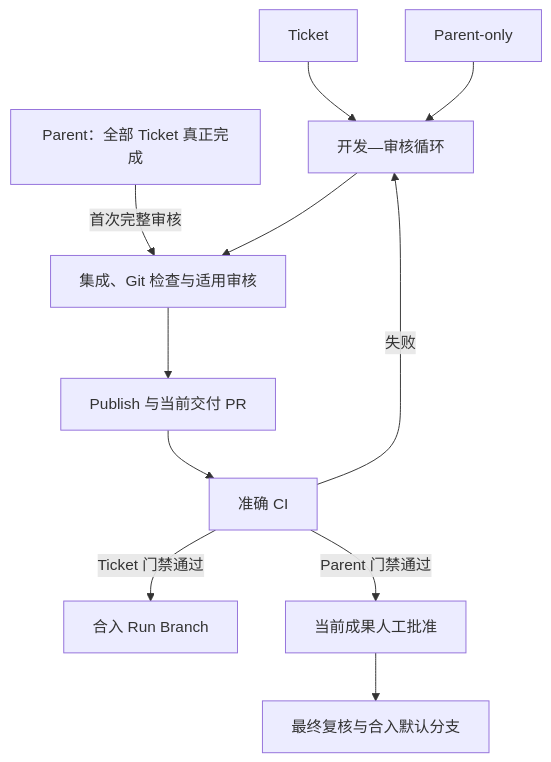
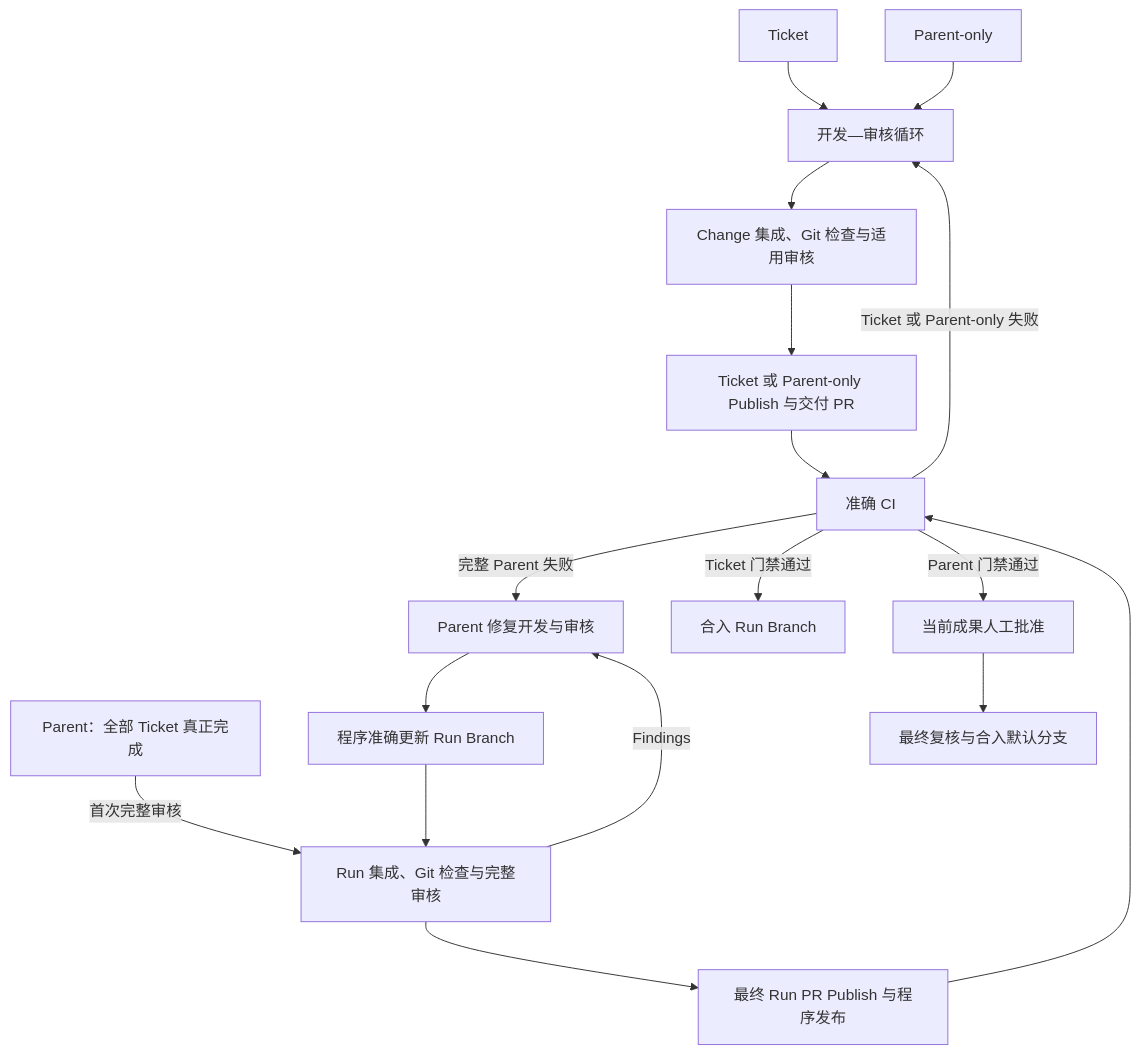
The third of 3 diagrams in docs/adr/0024-orchestration-responsibility-separation.md (GRD-Chang/grill-engineering), drawn with Mermaid before and after one commit. The commit also changed other lines of this file and 96 other files, not shown here.

First line of the commit message:
fix(agent-run): 为 Parent 修复集成建立 Agent 工作作用域

````diff
--- a/docs/adr/0024-orchestration-responsibility-separation.md
+++ b/docs/adr/0024-orchestration-responsibility-separation.md
@@ -71,13 +71,19 @@
 ```mermaid
 flowchart TB
     T["Ticket"] --> D["开发—审核循环"]
     PO["Parent-only"] --> D
-    PA["Parent：全部 Ticket 真正完成"] -->|首次完整审核| I["集成、Git 检查与适用审核"]
-    D --> I
-    I --> P["Publish 与当前交付 PR"]
+    PA["Parent：全部 Ticket 真正完成"] -->|首次完整审核| RI["Run 集成、Git 检查与完整审核"]
+    RI -->|Findings| RD["Parent 修复开发与审核"]
+    RD --> RW["程序准确更新 Run Branch"]
+    RW --> RI
+    RI --> RP["最终 Run PR Publish 与程序发布"]
+    RP --> C
+    D --> I["Change 集成、Git 检查与适用审核"]
+    I --> P["Ticket 或 Parent-only Publish 与交付 PR"]
     P --> C["准确 CI"]
-    C -->|失败| D
+    C -->|Ticket 或 Parent-only 失败| D
+    C -->|完整 Parent 失败| RD
     C -->|Ticket 门禁通过| TM["合入 Run Branch"]
     C -->|Parent 门禁通过| H["当前成果人工批准"]
     H --> M["最终复核与合入默认分支"]
 ```
````
